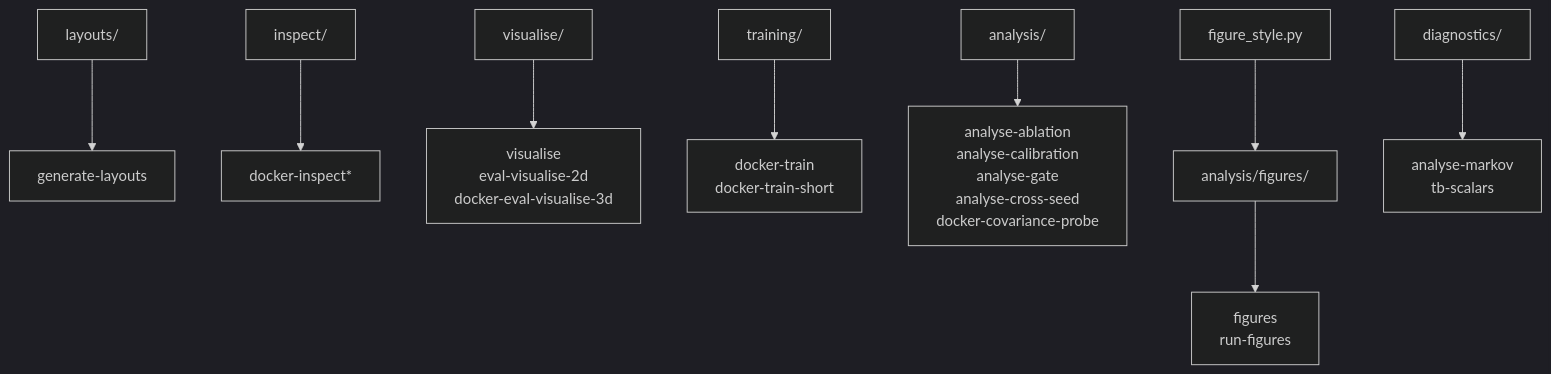
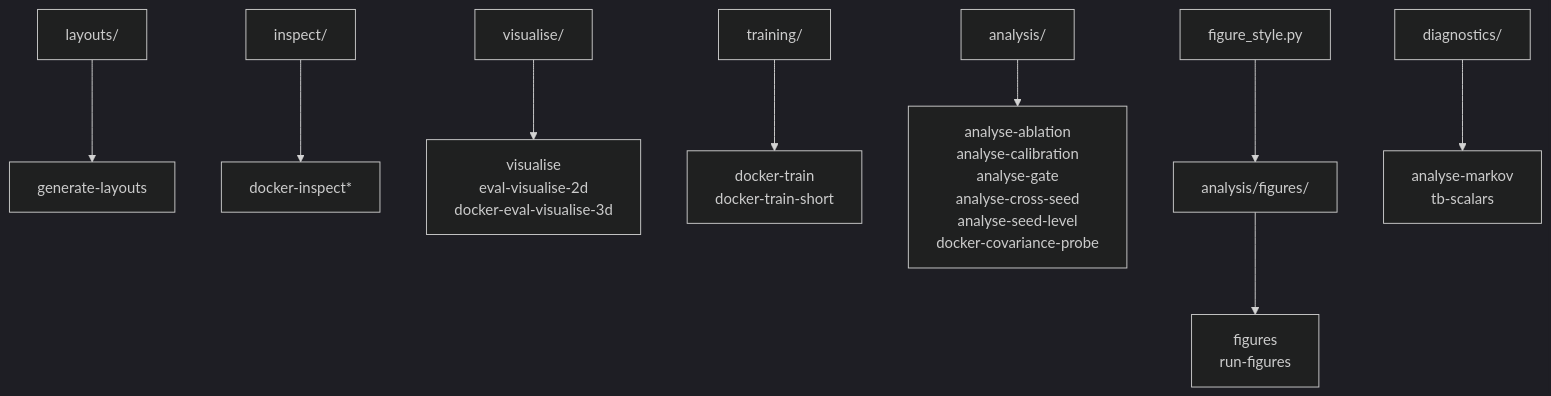
Before and after one commit to Expo39/Uncertainty-Conditioned-RL-with-Evidential-Policy-Networks-for-Autonomous-Systems: the diagram in scripts/README.md, drawn with Mermaid (dark theme). The commit also changed other lines of this file, not shown here.

Commit message:
docs(scripts): add the seed-level analysis to the quick reference and directory map (#34)

````diff
--- a/scripts/README.md
+++ b/scripts/README.md
@@ -37,10 +38,10 @@
 ```mermaid
 flowchart TB
     LAY["layouts/"] --> GL["generate-layouts"]
     INS["inspect/"] --> DI["docker-inspect*"]
     VIS["visualise/"] --> EV["visualise<br>eval-visualise-2d<br>docker-eval-visualise-3d"]
     TRN["training/"] --> DT["docker-train<br>docker-train-short"]
-    EVL["analysis/"] --> AN["analyse-ablation<br>analyse-calibration<br>analyse-gate<br>analyse-cross-seed<br>docker-covariance-probe"]
+    EVL["analysis/"] --> AN["analyse-ablation<br>analyse-calibration<br>analyse-gate<br>analyse-cross-seed<br>analyse-seed-level<br>docker-covariance-probe"]
     STY["figure_style.py"] --> FIG["analysis/figures/"] --> FG["figures<br>run-figures"]
     DIA["diagnostics/"] --> DG["analyse-markov<br>tb-scalars"]
 ```
````
